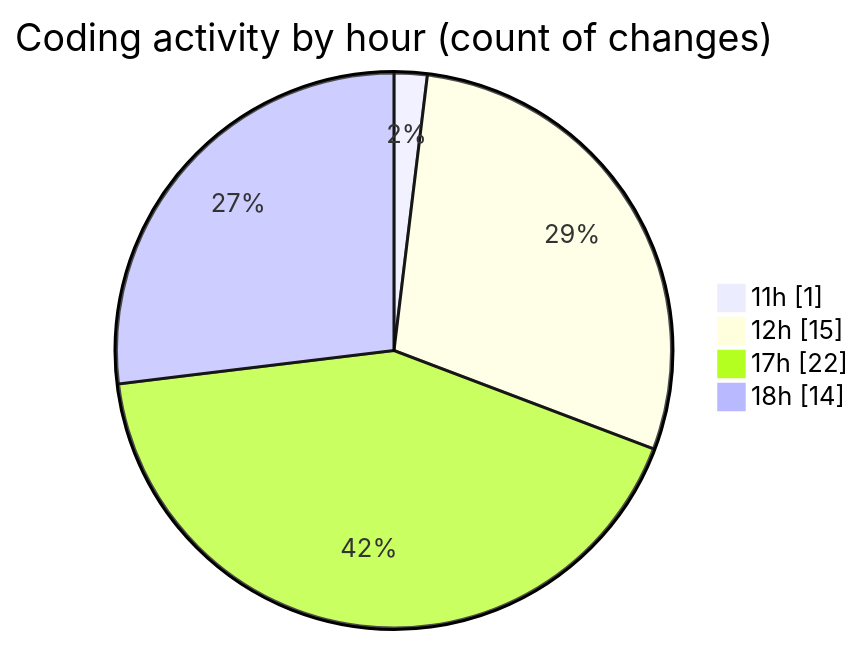
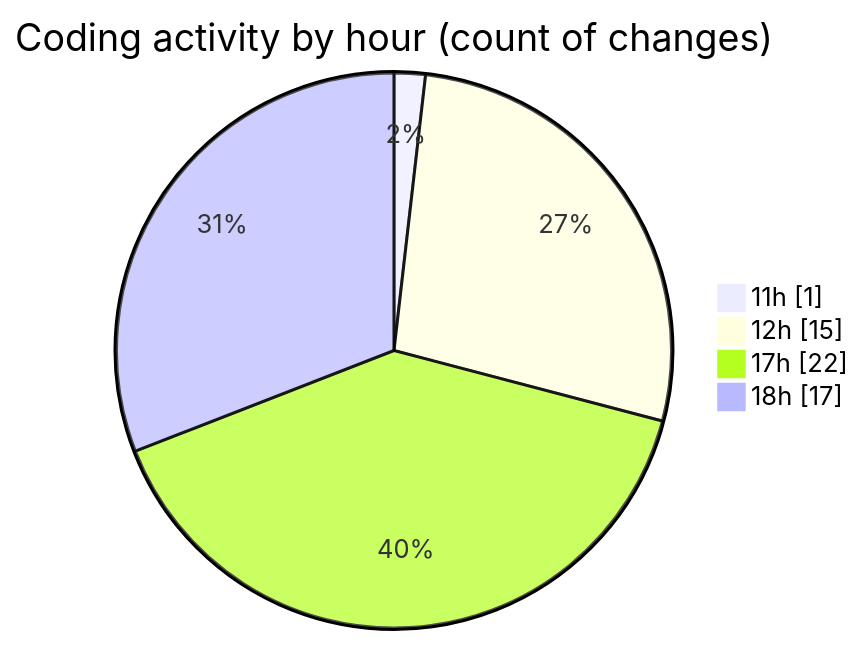
The second of 2 diagrams in 2025-09-04/nxtqube_webapp/README.md (nxtqubesakshisongat/code-tracking), drawn with Mermaid before and after one commit. The commit also changed other lines of this file and 1 other file, not shown here.

````diff
--- a/2025-09-04/nxtqube_webapp/README.md
+++ b/2025-09-04/nxtqube_webapp/README.md
@@ -28,8 +28,8 @@
 ```mermaid
 pie showData
 title Coding activity by hour (count of changes)
 "11h" : 1
 "12h" : 15
 "17h" : 22
-"18h" : 14
+"18h" : 17
 ```
````
